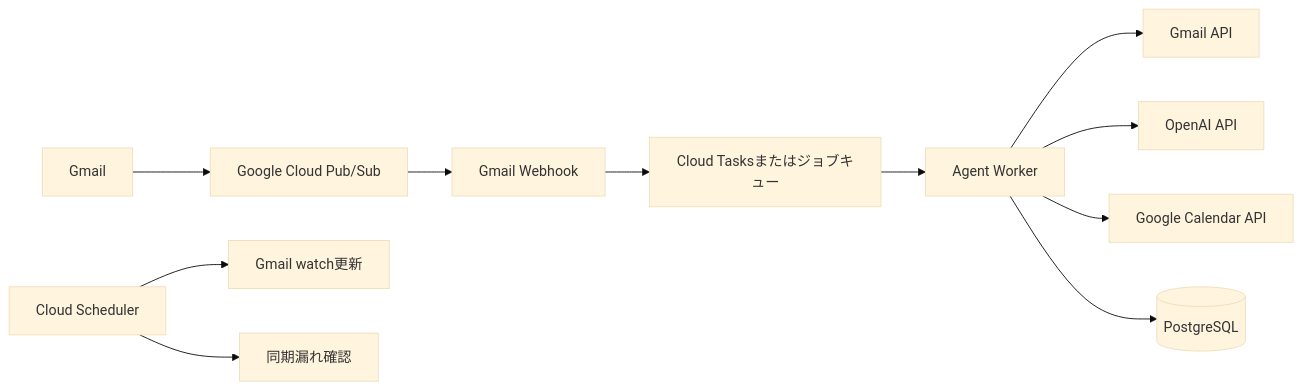
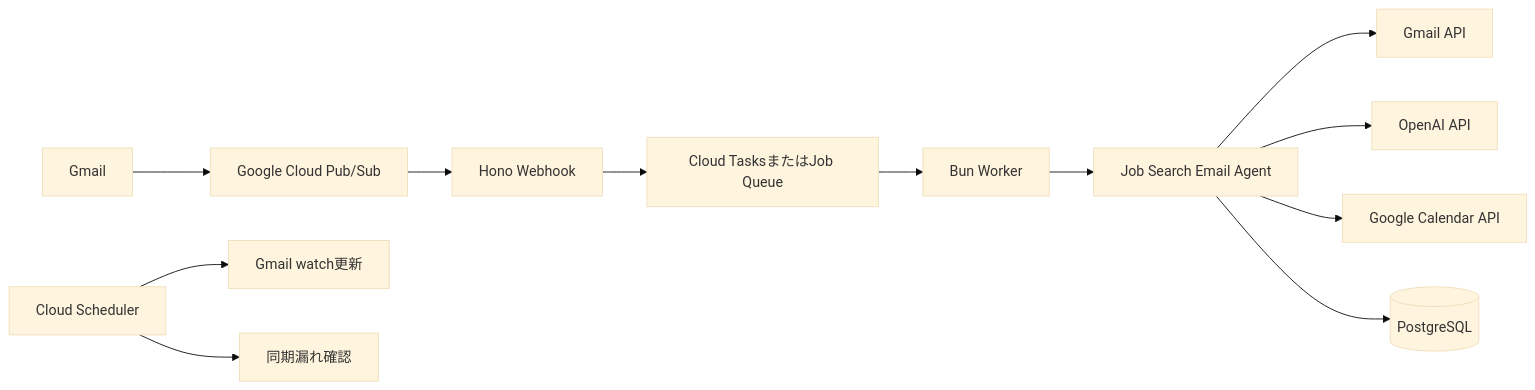
One commit to yusukesugahara/AIAgents changed the second of 2 diagrams in docs/agents/job-search-email-agent/specification.md. Above: the diagram before and after it, drawn with Mermaid (base theme). The commit also changed other lines of this file, not shown here.

````diff
--- a/docs/agents/job-search-email-agent/specification.md
+++ b/docs/agents/job-search-email-agent/specification.md
@@ -108,13 +167,14 @@
 ```mermaid
 flowchart LR
-    Gmail[Gmail] --> PubSub[Google Cloud Pub/Sub]
-    PubSub --> Webhook[Gmail Webhook]
-    Webhook --> Queue[Cloud Tasksまたはジョブキュー]
-    Queue --> Worker[Agent Worker]
-    Worker --> GmailAPI[Gmail API]
-    Worker --> AI[OpenAI API]
-    Worker --> Calendar[Google Calendar API]
-    Worker --> DB[(PostgreSQL)]
+    GmailInbox[Gmail] --> PubSub[Google Cloud Pub/Sub]
+    PubSub --> Webhook[Hono Webhook]
+    Webhook --> Queue[Cloud TasksまたはJob Queue]
+    Queue --> Worker[Bun Worker]
+    Worker --> Agent[Job Search Email Agent]
+    Agent --> GmailAPI[Gmail API]
+    Agent --> OpenAI[OpenAI API]
+    Agent --> Calendar[Google Calendar API]
+    Agent --> DB[(PostgreSQL)]
     Scheduler[Cloud Scheduler] --> Watch[Gmail watch更新]
     Scheduler --> Reconcile[同期漏れ確認]
 ```
````
